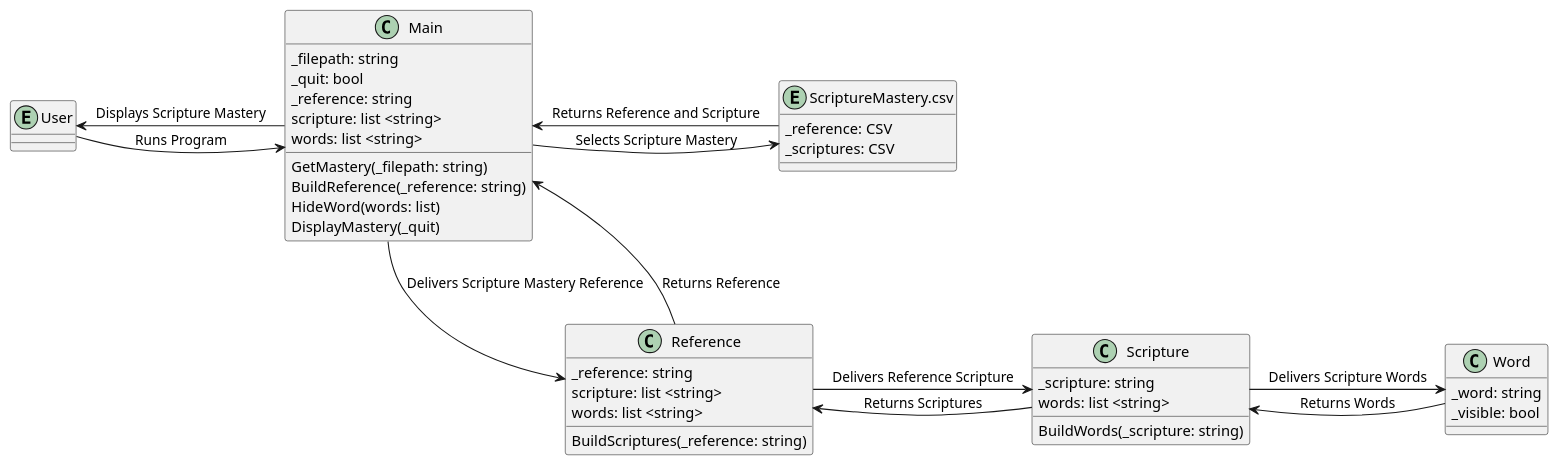
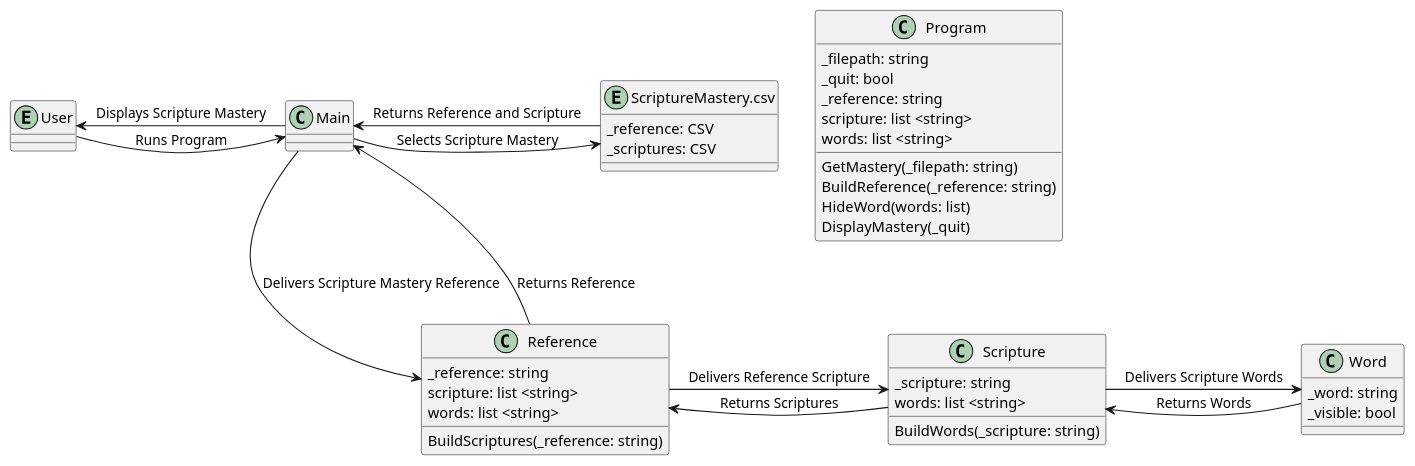
One commit to hwalkermerrill/cse210-programming-with-classes changed the diagram in prove/Develop03/classUML.wsd. Above: the diagram before and after it, drawn with PlantUML. The commit also changed 4 other files, not shown here.

```diff
--- a/prove/Develop03/classUML.wsd
+++ b/prove/Develop03/classUML.wsd
@@ -1,54 +1,54 @@
 @startuml
 entity User
 entity "ScriptureMastery.csv" as CSVFile {
   _reference: CSV
   _scriptures: CSV
 }
 
-class Main {
+class Program {
   _filepath: string
   _quit: bool
   _reference: string
   scripture: list <string>
   words: list <string>
   GetMastery(_filepath: string)
   BuildReference(_reference: string)
   HideWord(words: list)
   DisplayMastery(_quit)
 }
 
 class Reference {
   _reference: string
   scripture: list <string>
   words: list <string>
   BuildScriptures(_reference: string)
 }
 
 class Scripture {
   _scripture: string
   words: list <string>
   BuildWords(_scripture: string)
 }
 
 class Word {
   _word: string
   _visible: bool
 }
 
 User -> Main: Runs Program
 User <-- Main: Displays Scripture Mastery
 
 Main -> CSVFile: Selects Scripture Mastery
 Main <-- CSVFile: Returns Reference and Scripture
 
 CSVFile -[hidden]-> Reference
 
 Main -> Reference: Delivers Scripture Mastery Reference
 Main <-- Reference: Returns Reference
 
 Reference -> Scripture: Delivers Reference Scripture
 Reference <-- Scripture: Returns Scriptures
 
 Scripture -> Word: Delivers Scripture Words
 Scripture <-- Word: Returns Words
 @enduml
```
